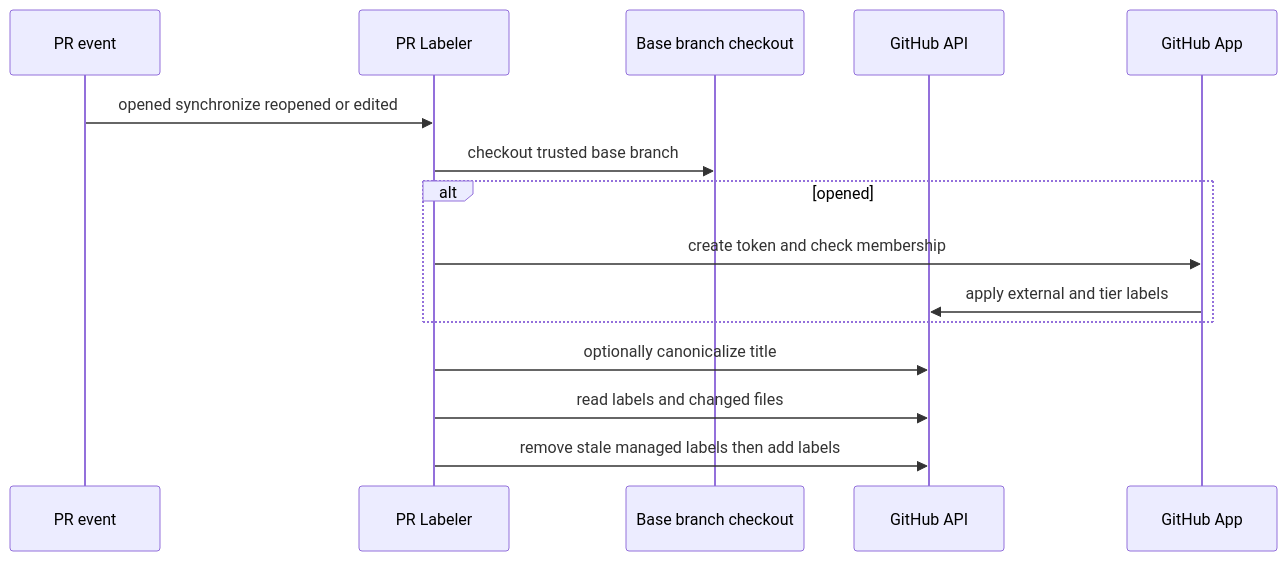
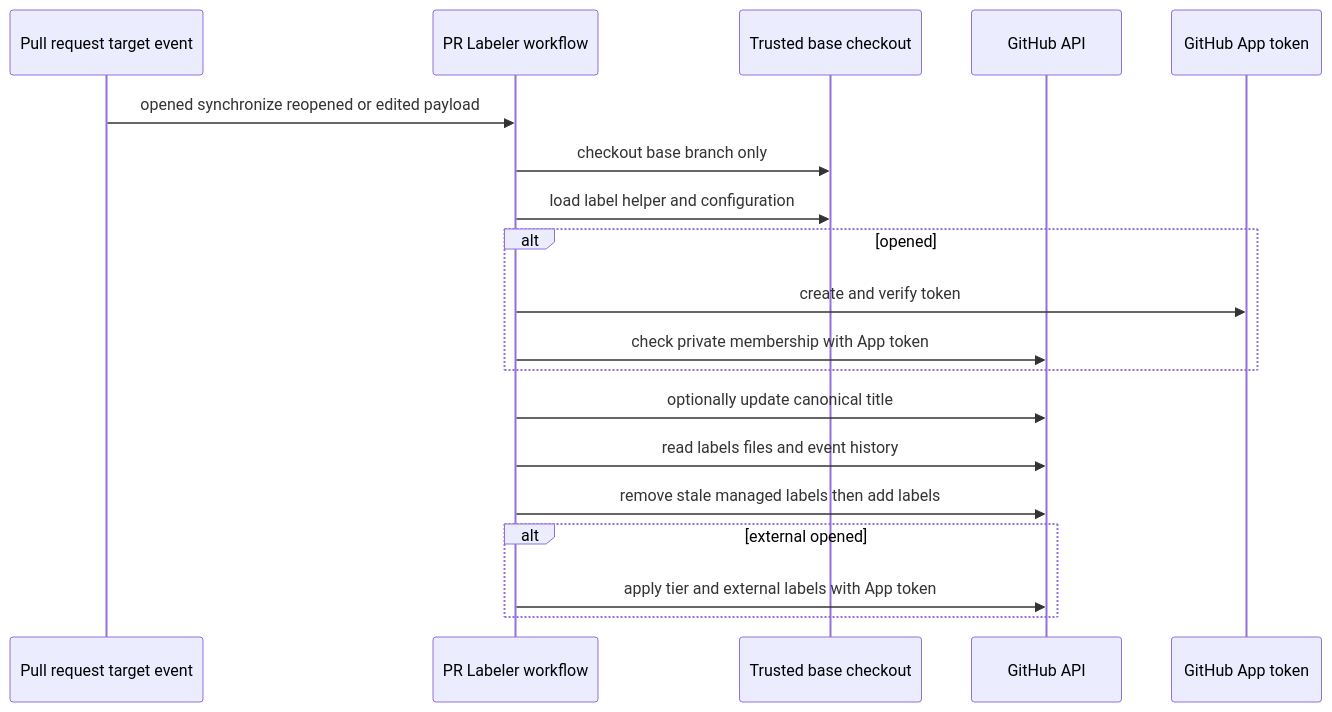
The second of 2 diagrams in openwiki/operations/ci-labeling.md (langchain-ai/deepagents), drawn with Mermaid before and after one commit. The commit also changed other lines of this file and 35 other files, not shown here.

````diff
--- a/openwiki/operations/ci-labeling.md
+++ b/openwiki/operations/ci-labeling.md
@@ -69,17 +83,21 @@
 ```mermaid
 sequenceDiagram
-    participant Event as PR event
-    participant Flow as PR Labeler
-    participant Base as Base branch checkout
-    participant Api as GitHub API
-    participant App as GitHub App
-    Event->>Flow: opened synchronize reopened or edited
-    Flow->>Base: checkout trusted base branch
+    participant Event as Pull request target event
+    participant Flow as PR Labeler workflow
+    participant Base as Trusted base checkout
+    participant API as GitHub API
+    participant App as GitHub App token
+    Event->>Flow: opened synchronize reopened or edited payload
+    Flow->>Base: checkout base branch only
+    Flow->>Base: load label helper and configuration
     alt opened
-        Flow->>App: create token and check membership
-        App->>Api: apply external and tier labels
+        Flow->>App: create and verify token
+        Flow->>API: check private membership with App token
     end
-    Flow->>Api: optionally canonicalize title
-    Flow->>Api: read labels and changed files
-    Flow->>Api: remove stale managed labels then add labels
+    Flow->>API: optionally update canonical title
+    Flow->>API: read labels files and event history
+    Flow->>API: remove stale managed labels then add labels
+    alt external opened
+        Flow->>API: apply tier and external labels with App token
+    end
 ```
````
